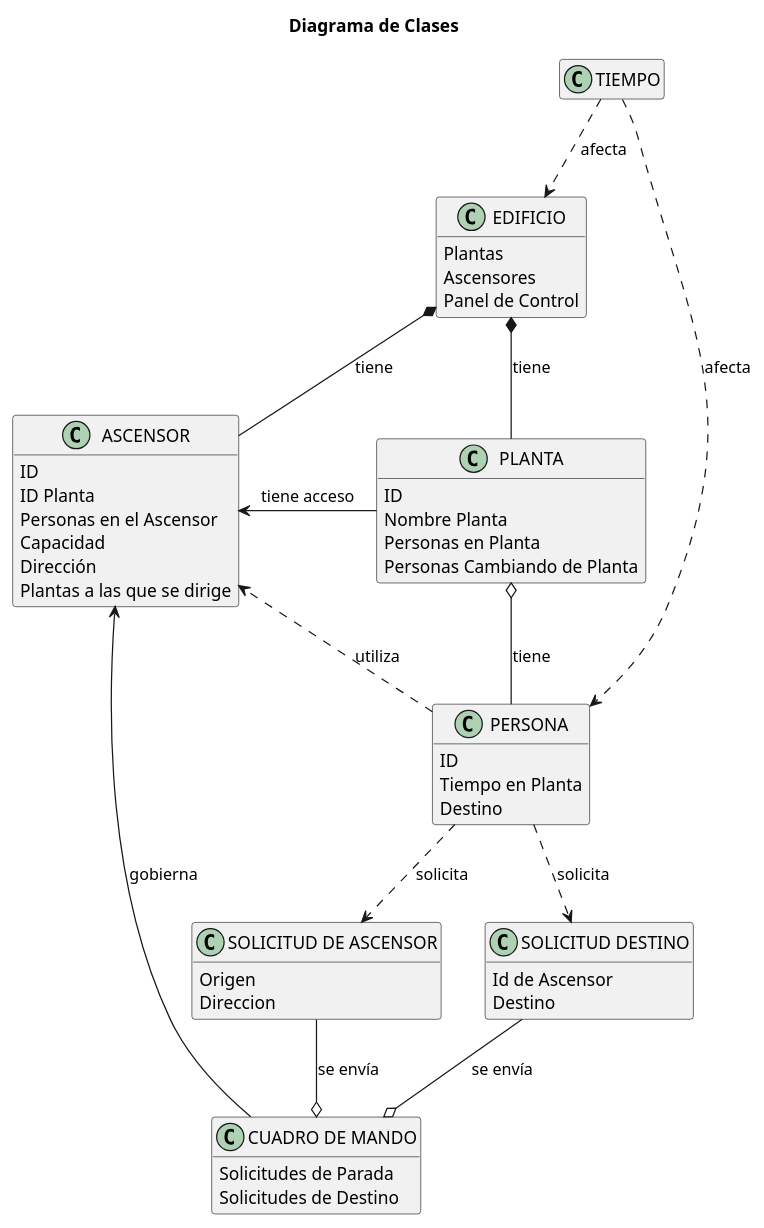
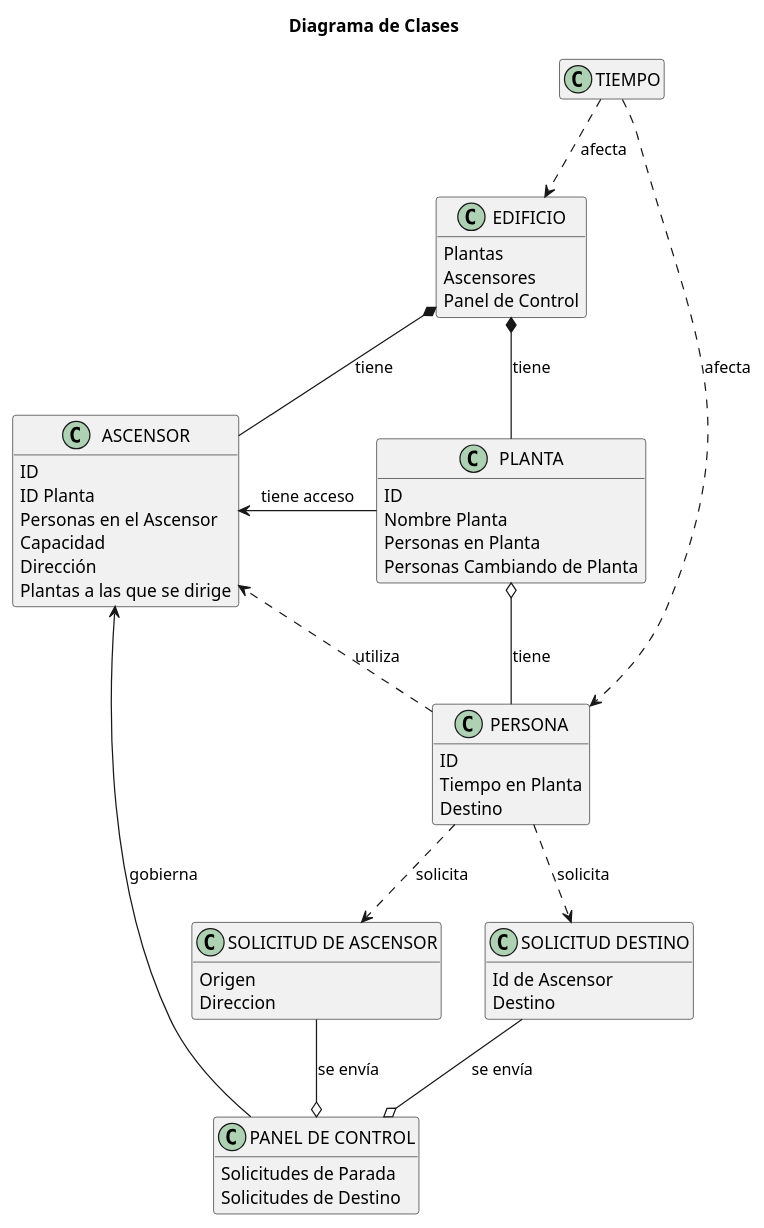
Before and after one commit to mmasias/23-24-IdSw2-SDD: the diagram in docs/Modelo_de_Dominio/Diagramas_de_Clases/Diagrama_de_Clases.puml, drawn with PlantUML. The commit also changed 4 other files, not shown here.

Commit message:
Diagrama de objetos

```diff
--- a/docs/Modelo_de_Dominio/Diagramas_de_Clases/Diagrama_de_Clases.puml
+++ b/docs/Modelo_de_Dominio/Diagramas_de_Clases/Diagrama_de_Clases.puml
@@ -1,81 +1,81 @@
 @startuml Diagrama_de_Clases
 
 title Diagrama de Clases
 
 skinparam {
     NoteBackgroundColor #whiteSmoke
 }
 
 hide empty members
 
 class ASCENSOR 
 {
     ID
     ID Planta
     Personas en el Ascensor
     Capacidad
     Dirección
     Plantas a las que se dirige
 }
 
 class PERSONA 
 {
     ID
     Tiempo en Planta
     Destino
 }
 
-class "CUADRO DE MANDO"
+class "PANEL DE CONTROL"
 {
     Solicitudes de Parada
     Solicitudes de Destino
 }
 
 class PLANTA 
 {
     ID
     Nombre Planta
     Personas en Planta
     Personas Cambiando de Planta
 }
 
 class EDIFICIO 
 {
     Plantas
     Ascensores
     Panel de Control
 }
 
 class TIEMPO 
 {
 
 }
 
 class "SOLICITUD DE ASCENSOR"
 {
     Origen
     Direccion
 }
 
 class "SOLICITUD DESTINO"
 {
     Id de Ascensor
     Destino
 }
 
 EDIFICIO *-- PLANTA : tiene
 EDIFICIO *-- ASCENSOR : tiene
 PLANTA o-- PERSONA : tiene
 PLANTA -left-> ASCENSOR : tiene acceso
 PERSONA ..> ASCENSOR : utiliza
 
 PERSONA ..> "SOLICITUD DE ASCENSOR" : solicita
 PERSONA ..> "SOLICITUD DESTINO" : solicita
-"CUADRO DE MANDO" --> ASCENSOR : gobierna
-"SOLICITUD DE ASCENSOR" --o "CUADRO DE MANDO" : se envía
-"SOLICITUD DESTINO" --o "CUADRO DE MANDO" : se envía
+"PANEL DE CONTROL" --> ASCENSOR : gobierna
+"SOLICITUD DE ASCENSOR" --o "PANEL DE CONTROL" : se envía
+"SOLICITUD DESTINO" --o "PANEL DE CONTROL" : se envía
 
 TIEMPO .down.> PERSONA : afecta
 TIEMPO ..> EDIFICIO : afecta
 
 @enduml
```
